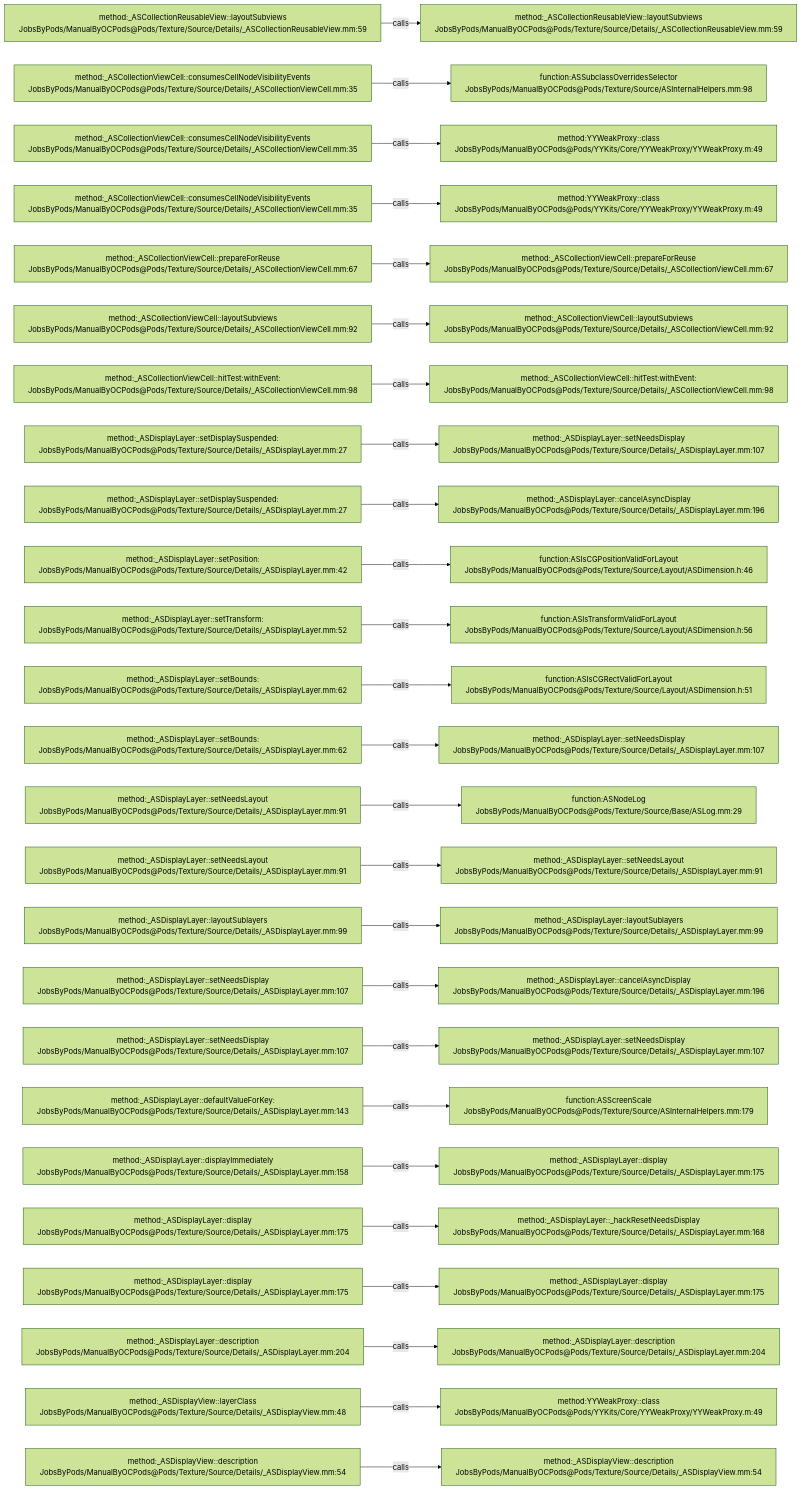
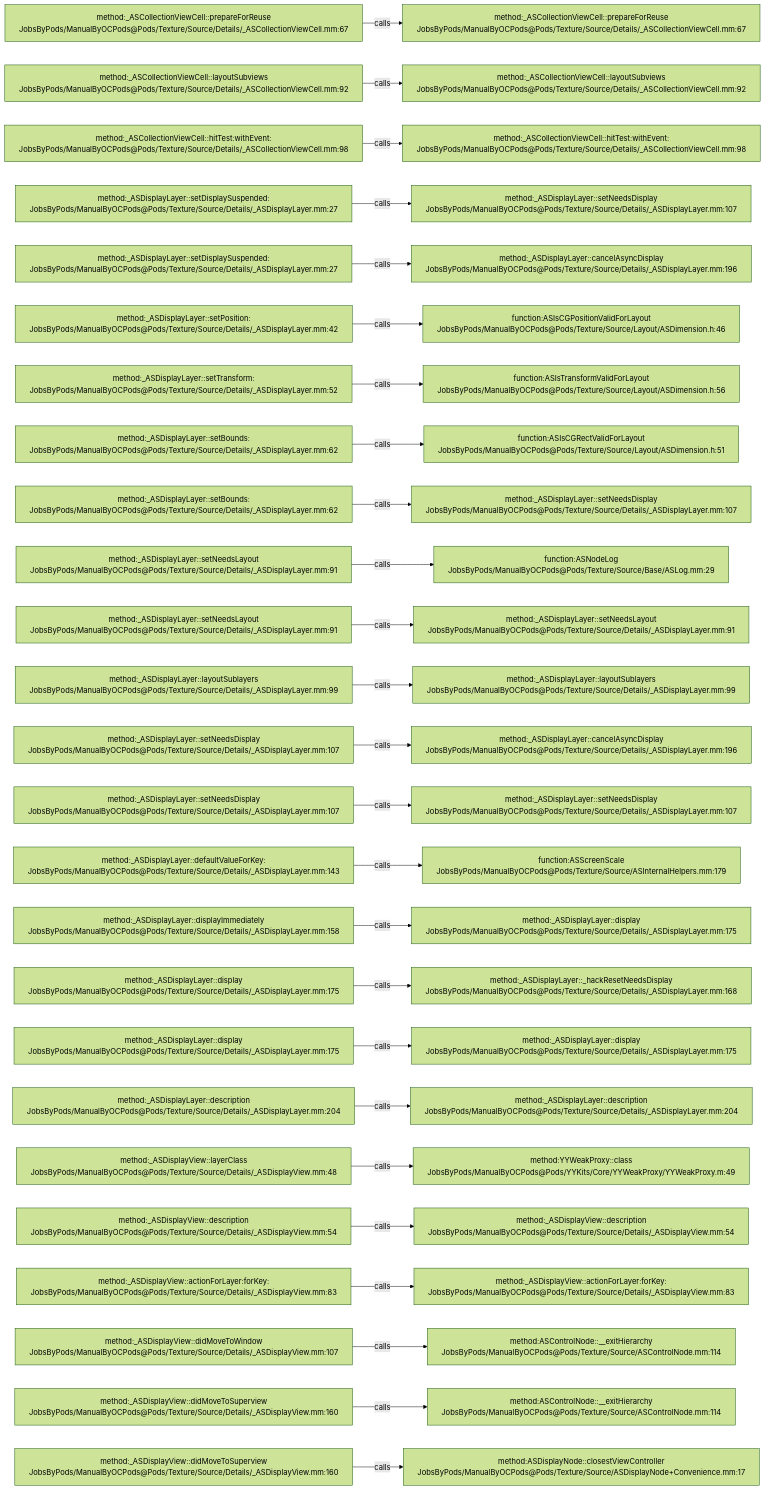
The diagram in .codegraph/codegraph.md/graphs/calls-169.md (JobsKits/JobsOCBaseConfigDemo), drawn with Mermaid (forest theme) before and after one commit. The commit also changed 727 other files, not shown here.

````diff
--- a/.codegraph/codegraph.md/graphs/calls-169.md
+++ b/.codegraph/codegraph.md/graphs/calls-169.md
@@ -13,78 +13,78 @@
 ```mermaid
 flowchart LR
-  S1["method:_ASCollectionReusableView::layoutSubviews<br/>JobsByPods/ManualByOCPods@Pods/Texture/Source/Details/_ASCollectionReusableView.mm:59"]
-  T1["method:_ASCollectionReusableView::layoutSubviews<br/>JobsByPods/ManualByOCPods@Pods/Texture/Source/Details/_ASCollectionReusableView.mm:59"]
+  S1["method:_ASCollectionViewCell::prepareForReuse<br/>JobsByPods/ManualByOCPods@Pods/Texture/Source/Details/_ASCollectionViewCell.mm:67"]
+  T1["method:_ASCollectionViewCell::prepareForReuse<br/>JobsByPods/ManualByOCPods@Pods/Texture/Source/Details/_ASCollectionViewCell.mm:67"]
   S1 -->|calls| T1
-  S2["method:_ASCollectionViewCell::consumesCellNodeVisibilityEvents<br/>JobsByPods/ManualByOCPods@Pods/Texture/Source/Details/_ASCollectionViewCell.mm:35"]
-  T2["function:ASSubclassOverridesSelector<br/>JobsByPods/ManualByOCPods@Pods/Texture/Source/ASInternalHelpers.mm:98"]
+  S2["method:_ASCollectionViewCell::layoutSubviews<br/>JobsByPods/ManualByOCPods@Pods/Texture/Source/Details/_ASCollectionViewCell.mm:92"]
+  T2["method:_ASCollectionViewCell::layoutSubviews<br/>JobsByPods/ManualByOCPods@Pods/Texture/Source/Details/_ASCollectionViewCell.mm:92"]
   S2 -->|calls| T2
-  S3["method:_ASCollectionViewCell::consumesCellNodeVisibilityEvents<br/>JobsByPods/ManualByOCPods@Pods/Texture/Source/Details/_ASCollectionViewCell.mm:35"]
-  T3["method:YYWeakProxy::class<br/>JobsByPods/ManualByOCPods@Pods/YYKits/Core/YYWeakProxy/YYWeakProxy.m:49"]
+  S3["method:_ASCollectionViewCell::hitTest:withEvent:<br/>JobsByPods/ManualByOCPods@Pods/Texture/Source/Details/_ASCollectionViewCell.mm:98"]
+  T3["method:_ASCollectionViewCell::hitTest:withEvent:<br/>JobsByPods/ManualByOCPods@Pods/Texture/Source/Details/_ASCollectionViewCell.mm:98"]
   S3 -->|calls| T3
-  S4["method:_ASCollectionViewCell::consumesCellNodeVisibilityEvents<br/>JobsByPods/ManualByOCPods@Pods/Texture/Source/Details/_ASCollectionViewCell.mm:35"]
-  T4["method:YYWeakProxy::class<br/>JobsByPods/ManualByOCPods@Pods/YYKits/Core/YYWeakProxy/YYWeakProxy.m:49"]
+  S4["method:_ASDisplayLayer::setDisplaySuspended:<br/>JobsByPods/ManualByOCPods@Pods/Texture/Source/Details/_ASDisplayLayer.mm:27"]
+  T4["method:_ASDisplayLayer::setNeedsDisplay<br/>JobsByPods/ManualByOCPods@Pods/Texture/Source/Details/_ASDisplayLayer.mm:107"]
   S4 -->|calls| T4
-  S5["method:_ASCollectionViewCell::prepareForReuse<br/>JobsByPods/ManualByOCPods@Pods/Texture/Source/Details/_ASCollectionViewCell.mm:67"]
-  T5["method:_ASCollectionViewCell::prepareForReuse<br/>JobsByPods/ManualByOCPods@Pods/Texture/Source/Details/_ASCollectionViewCell.mm:67"]
+  S5["method:_ASDisplayLayer::setDisplaySuspended:<br/>JobsByPods/ManualByOCPods@Pods/Texture/Source/Details/_ASDisplayLayer.mm:27"]
+  T5["method:_ASDisplayLayer::cancelAsyncDisplay<br/>JobsByPods/ManualByOCPods@Pods/Texture/Source/Details/_ASDisplayLayer.mm:196"]
   S5 -->|calls| T5
-  S6["method:_ASCollectionViewCell::layoutSubviews<br/>JobsByPods/ManualByOCPods@Pods/Texture/Source/Details/_ASCollectionViewCell.mm:92"]
-  T6["method:_ASCollectionViewCell::layoutSubviews<br/>JobsByPods/ManualByOCPods@Pods/Texture/Source/Details/_ASCollectionViewCell.mm:92"]
+  S6["method:_ASDisplayLayer::setPosition:<br/>JobsByPods/ManualByOCPods@Pods/Texture/Source/Details/_ASDisplayLayer.mm:42"]
+  T6["function:ASIsCGPositionValidForLayout<br/>JobsByPods/ManualByOCPods@Pods/Texture/Source/Layout/ASDimension.h:46"]
   S6 -->|calls| T6
-  S7["method:_ASCollectionViewCell::hitTest:withEvent:<br/>JobsByPods/ManualByOCPods@Pods/Texture/Source/Details/_ASCollectionViewCell.mm:98"]
-  T7["method:_ASCollectionViewCell::hitTest:withEvent:<br/>JobsByPods/ManualByOCPods@Pods/Texture/Source/Details/_ASCollectionViewCell.mm:98"]
+  S7["method:_ASDisplayLayer::setTransform:<br/>JobsByPods/ManualByOCPods@Pods/Texture/Source/Details/_ASDisplayLayer.mm:52"]
+  T7["function:ASIsTransformValidForLayout<br/>JobsByPods/ManualByOCPods@Pods/Texture/Source/Layout/ASDimension.h:56"]
   S7 -->|calls| T7
-  S8["method:_ASDisplayLayer::setDisplaySuspended:<br/>JobsByPods/ManualByOCPods@Pods/Texture/Source/Details/_ASDisplayLayer.mm:27"]
-  T8["method:_ASDisplayLayer::setNeedsDisplay<br/>JobsByPods/ManualByOCPods@Pods/Texture/Source/Details/_ASDisplayLayer.mm:107"]
+  S8["method:_ASDisplayLayer::setBounds:<br/>JobsByPods/ManualByOCPods@Pods/Texture/Source/Details/_ASDisplayLayer.mm:62"]
+  T8["function:ASIsCGRectValidForLayout<br/>JobsByPods/ManualByOCPods@Pods/Texture/Source/Layout/ASDimension.h:51"]
   S8 -->|calls| T8
-  S9["method:_ASDisplayLayer::setDisplaySuspended:<br/>JobsByPods/ManualByOCPods@Pods/Texture/Source/Details/_ASDisplayLayer.mm:27"]
-  T9["method:_ASDisplayLayer::cancelAsyncDisplay<br/>JobsByPods/ManualByOCPods@Pods/Texture/Source/Details/_ASDisplayLayer.mm:196"]
+  S9["method:_ASDisplayLayer::setBounds:<br/>JobsByPods/ManualByOCPods@Pods/Texture/Source/Details/_ASDisplayLayer.mm:62"]
+  T9["method:_ASDisplayLayer::setNeedsDisplay<br/>JobsByPods/ManualByOCPods@Pods/Texture/Source/Details/_ASDisplayLayer.mm:107"]
   S9 -->|calls| T9
-  S10["method:_ASDisplayLayer::setPosition:<br/>JobsByPods/ManualByOCPods@Pods/Texture/Source/Details/_ASDisplayLayer.mm:42"]
-  T10["function:ASIsCGPositionValidForLayout<br/>JobsByPods/ManualByOCPods@Pods/Texture/Source/Layout/ASDimension.h:46"]
+  S10["method:_ASDisplayLayer::setNeedsLayout<br/>JobsByPods/ManualByOCPods@Pods/Texture/Source/Details/_ASDisplayLayer.mm:91"]
+  T10["function:ASNodeLog<br/>JobsByPods/ManualByOCPods@Pods/Texture/Source/Base/ASLog.mm:29"]
   S10 -->|calls| T10
-  S11["method:_ASDisplayLayer::setTransform:<br/>JobsByPods/ManualByOCPods@Pods/Texture/Source/Details/_ASDisplayLayer.mm:52"]
-  T11["function:ASIsTransformValidForLayout<br/>JobsByPods/ManualByOCPods@Pods/Texture/Source/Layout/ASDimension.h:56"]
+  S11["method:_ASDisplayLayer::setNeedsLayout<br/>JobsByPods/ManualByOCPods@Pods/Texture/Source/Details/_ASDisplayLayer.mm:91"]
+  T11["method:_ASDisplayLayer::setNeedsLayout<br/>JobsByPods/ManualByOCPods@Pods/Texture/Source/Details/_ASDisplayLayer.mm:91"]
   S11 -->|calls| T11
-  S12["method:_ASDisplayLayer::setBounds:<br/>JobsByPods/ManualByOCPods@Pods/Texture/Source/Details/_ASDisplayLayer.mm:62"]
-  T12["function:ASIsCGRectValidForLayout<br/>JobsByPods/ManualByOCPods@Pods/Texture/Source/Layout/ASDimension.h:51"]
+  S12["method:_ASDisplayLayer::layoutSublayers<br/>JobsByPods/ManualByOCPods@Pods/Texture/Source/Details/_ASDisplayLayer.mm:99"]
+  T12["method:_ASDisplayLayer::layoutSublayers<br/>JobsByPods/ManualByOCPods@Pods/Texture/Source/Details/_ASDisplayLayer.mm:99"]
   S12 -->|calls| T12
-  S13["method:_ASDisplayLayer::setBounds:<br/>JobsByPods/ManualByOCPods@Pods/Texture/Source/Details/_ASDisplayLayer.mm:62"]
-  T13["method:_ASDisplayLayer::setNeedsDisplay<br/>JobsByPods/ManualByOCPods@Pods/Texture/Source/Details/_ASDisplayLayer.mm:107"]
+  S13["method:_ASDisplayLayer::setNeedsDisplay<br/>JobsByPods/ManualByOCPods@Pods/Texture/Source/Details/_ASDisplayLayer.mm:107"]
+  T13["method:_ASDisplayLayer::cancelAsyncDisplay<br/>JobsByPods/ManualByOCPods@Pods/Texture/Source/Details/_ASDisplayLayer.mm:196"]
   S13 -->|calls| T13
-  S14["method:_ASDisplayLayer::setNeedsLayout<br/>JobsByPods/ManualByOCPods@Pods/Texture/Source/Details/_ASDisplayLayer.mm:91"]
-  T14["function:ASNodeLog<br/>JobsByPods/ManualByOCPods@Pods/Texture/Source/Base/ASLog.mm:29"]
+  S14["method:_ASDisplayLayer::setNeedsDisplay<br/>JobsByPods/ManualByOCPods@Pods/Texture/Source/Details/_ASDisplayLayer.mm:107"]
+  T14["method:_ASDisplayLayer::setNeedsDisplay<br/>JobsByPods/ManualByOCPods@Pods/Texture/Source/Details/_ASDisplayLayer.mm:107"]
   S14 -->|calls| T14
-  S15["method:_ASDisplayLayer::setNeedsLayout<br/>JobsByPods/ManualByOCPods@Pods/Texture/Source/Details/_ASDisplayLayer.mm:91"]
-  T15["method:_ASDisplayLayer::setNeedsLayout<br/>JobsByPods/ManualByOCPods@Pods/Texture/Source/Details/_ASDisplayLayer.mm:91"]
+  S15["method:_ASDisplayLayer::defaultValueForKey:<br/>JobsByPods/ManualByOCPods@Pods/Texture/Source/Details/_ASDisplayLayer.mm:143"]
+  T15["function:ASScreenScale<br/>JobsByPods/ManualByOCPods@Pods/Texture/Source/ASInternalHelpers.mm:179"]
   S15 -->|calls| T15
-  S16["method:_ASDisplayLayer::layoutSublayers<br/>JobsByPods/ManualByOCPods@Pods/Texture/Source/Details/_ASDisplayLayer.mm:99"]
-  T16["method:_ASDisplayLayer::layoutSublayers<br/>JobsByPods/ManualByOCPods@Pods/Texture/Source/Details/_ASDisplayLayer.mm:99"]
+  S16["method:_ASDisplayLayer::displayImmediately<br/>JobsByPods/ManualByOCPods@Pods/Texture/Source/Details/_ASDisplayLayer.mm:158"]
+  T16["method:_ASDisplayLayer::display<br/>JobsByPods/ManualByOCPods@Pods/Texture/Source/Details/_ASDisplayLayer.mm:175"]
   S16 -->|calls| T16
-  S17["method:_ASDisplayLayer::setNeedsDisplay<br/>JobsByPods/ManualByOCPods@Pods/Texture/Source/Details/_ASDisplayLayer.mm:107"]
-  T17["method:_ASDisplayLayer::cancelAsyncDisplay<br/>JobsByPods/ManualByOCPods@Pods/Texture/Source/Details/_ASDisplayLayer.mm:196"]
+  S17["method:_ASDisplayLayer::display<br/>JobsByPods/ManualByOCPods@Pods/Texture/Source/Details/_ASDisplayLayer.mm:175"]
+  T17["method:_ASDisplayLayer::_hackResetNeedsDisplay<br/>JobsByPods/ManualByOCPods@Pods/Texture/Source/Details/_ASDisplayLayer.mm:168"]
   S17 -->|calls| T17
-  S18["method:_ASDisplayLayer::setNeedsDisplay<br/>JobsByPods/ManualByOCPods@Pods/Texture/Source/Details/_ASDisplayLayer.mm:107"]
-  T18["method:_ASDisplayLayer::setNeedsDisplay<br/>JobsByPods/ManualByOCPods@Pods/Texture/Source/Details/_ASDisplayLayer.mm:107"]
+  S18["method:_ASDisplayLayer::display<br/>JobsByPods/ManualByOCPods@Pods/Texture/Source/Details/_ASDisplayLayer.mm:175"]
+  T18["method:_ASDisplayLayer::display<br/>JobsByPods/ManualByOCPods@Pods/Texture/Source/Details/_ASDisplayLayer.mm:175"]
   S18 -->|calls| T18
-  S19["method:_ASDisplayLayer::defaultValueForKey:<br/>JobsByPods/ManualByOCPods@Pods/Texture/Source/Details/_ASDisplayLayer.mm:143"]
-  T19["function:ASScreenScale<br/>JobsByPods/ManualByOCPods@Pods/Texture/Source/ASInternalHelpers.mm:179"]
+  S19["method:_ASDisplayLayer::description<br/>JobsByPods/ManualByOCPods@Pods/Texture/Source/Details/_ASDisplayLayer.mm:204"]
+  T19["method:_ASDisplayLayer::description<br/>JobsByPods/ManualByOCPods@Pods/Texture/Source/Details/_ASDisplayLayer.mm:204"]
   S19 -->|calls| T19
-  S20["method:_ASDisplayLayer::displayImmediately<br/>JobsByPods/ManualByOCPods@Pods/Texture/Source/Details/_ASDisplayLayer.mm:158"]
-  T20["method:_ASDisplayLayer::display<br/>JobsByPods/ManualByOCPods@Pods/Texture/Source/Details/_ASDisplayLayer.mm:175"]
+  S20["method:_ASDisplayView::layerClass<br/>JobsByPods/ManualByOCPods@Pods/Texture/Source/Details/_ASDisplayView.mm:48"]
+  T20["method:YYWeakProxy::class<br/>JobsByPods/ManualByOCPods@Pods/YYKits/Core/YYWeakProxy/YYWeakProxy.m:49"]
   S20 -->|calls| T20
-  S21["method:_ASDisplayLayer::display<br/>JobsByPods/ManualByOCPods@Pods/Texture/Source/Details/_ASDisplayLayer.mm:175"]
-  T21["method:_ASDisplayLayer::_hackResetNeedsDisplay<br/>JobsByPods/ManualByOCPods@Pods/Texture/Source/Details/_ASDisplayLayer.mm:168"]
+  S21["method:_ASDisplayView::description<br/>JobsByPods/ManualByOCPods@Pods/Texture/Source/Details/_ASDisplayView.mm:54"]
+  T21["method:_ASDisplayView::description<br/>JobsByPods/ManualByOCPods@Pods/Texture/Source/Details/_ASDisplayView.mm:54"]
   S21 -->|calls| T21
-  S22["method:_ASDisplayLayer::display<br/>JobsByPods/ManualByOCPods@Pods/Texture/Source/Details/_ASDisplayLayer.mm:175"]
-  T22["method:_ASDisplayLayer::display<br/>JobsByPods/ManualByOCPods@Pods/Texture/Source/Details/_ASDisplayLayer.mm:175"]
+  S22["method:_ASDisplayView::actionForLayer:forKey:<br/>JobsByPods/ManualByOCPods@Pods/Texture/Source/Details/_ASDisplayView.mm:83"]
+  T22["method:_ASDisplayView::actionForLayer:forKey:<br/>JobsByPods/ManualByOCPods@Pods/Texture/Source/Details/_ASDisplayView.mm:83"]
   S22 -->|calls| T22
-  S23["method:_ASDisplayLayer::description<br/>JobsByPods/ManualByOCPods@Pods/Texture/Source/Details/_ASDisplayLayer.mm:204"]
-  T23["method:_ASDisplayLayer::description<br/>JobsByPods/ManualByOCPods@Pods/Texture/Source/Details/_ASDisplayLayer.mm:204"]
+  S23["method:_ASDisplayView::didMoveToWindow<br/>JobsByPods/ManualByOCPods@Pods/Texture/Source/Details/_ASDisplayView.mm:107"]
+  T23["method:ASControlNode::__exitHierarchy<br/>JobsByPods/ManualByOCPods@Pods/Texture/Source/ASControlNode.mm:114"]
   S23 -->|calls| T23
-  S24["method:_ASDisplayView::layerClass<br/>JobsByPods/ManualByOCPods@Pods/Texture/Source/Details/_ASDisplayView.mm:48"]
-  T24["method:YYWeakProxy::class<br/>JobsByPods/ManualByOCPods@Pods/YYKits/Core/YYWeakProxy/YYWeakProxy.m:49"]
+  S24["method:_ASDisplayView::didMoveToSuperview<br/>JobsByPods/ManualByOCPods@Pods/Texture/Source/Details/_ASDisplayView.mm:160"]
+  T24["method:ASControlNode::__exitHierarchy<br/>JobsByPods/ManualByOCPods@Pods/Texture/Source/ASControlNode.mm:114"]
   S24 -->|calls| T24
-  S25["method:_ASDisplayView::description<br/>JobsByPods/ManualByOCPods@Pods/Texture/Source/Details/_ASDisplayView.mm:54"]
-  T25["method:_ASDisplayView::description<br/>JobsByPods/ManualByOCPods@Pods/Texture/Source/Details/_ASDisplayView.mm:54"]
+  S25["method:_ASDisplayView::didMoveToSuperview<br/>JobsByPods/ManualByOCPods@Pods/Texture/Source/Details/_ASDisplayView.mm:160"]
+  T25["method:ASDisplayNode::closestViewController<br/>JobsByPods/ManualByOCPods@Pods/Texture/Source/ASDisplayNode+Convenience.mm:17"]
   S25 -->|calls| T25
 ```
````
